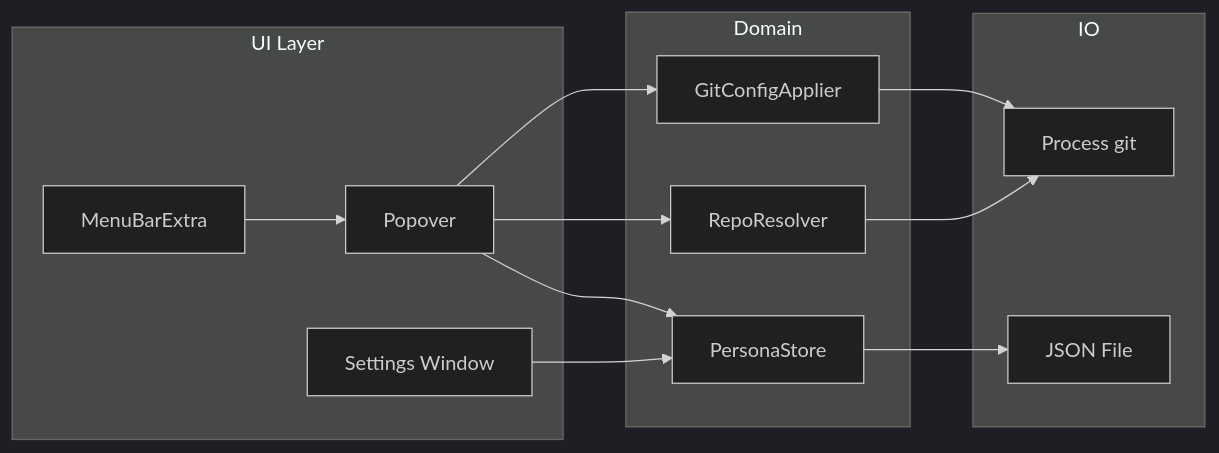
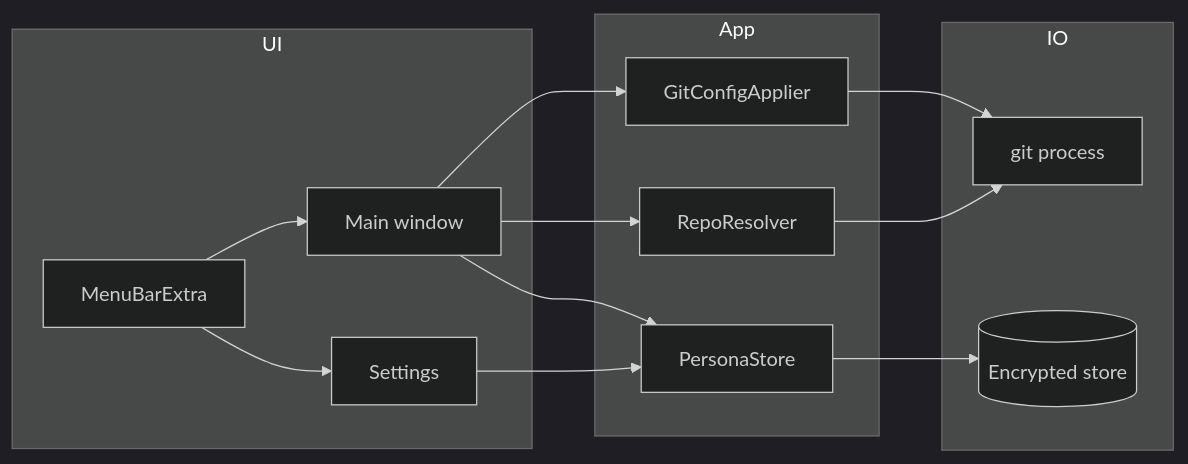
Before and after one commit to erbilnas/git-persona: the first of 2 diagrams in README.md, drawn with Mermaid (dark theme). The commit also changed other lines of this file, not shown here.

First line of the commit message:
docs(readme): rewrite install, usage, and architecture sections

````diff
--- a/README.md
+++ b/README.md
@@ -73,25 +63,26 @@
 ```mermaid
 flowchart LR
-  subgraph ui [UI Layer]
+  subgraph ui [UI]
     MB[MenuBarExtra]
-    Pop[Popover]
-    Set[Settings Window]
+    Pop[Main window]
+    Set[Settings]
   end
-  subgraph domain [Domain]
+  subgraph domain [App]
     PS[PersonaStore]
     GA[GitConfigApplier]
     RM[RepoResolver]
   end
   subgraph io [IO]
-    Proc[Process git]
-    FS[JSON File]
+    Git[git process]
+    Store[(Encrypted store)]
   end
   MB --> Pop
+  MB --> Set
   Pop --> PS
   Set --> PS
   Pop --> RM
   Pop --> GA
-  GA --> Proc
-  RM --> Proc
-  PS --> FS
+  GA --> Git
+  RM --> Git
+  PS --> Store
 ```
````
